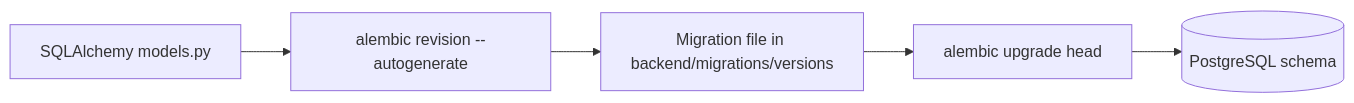
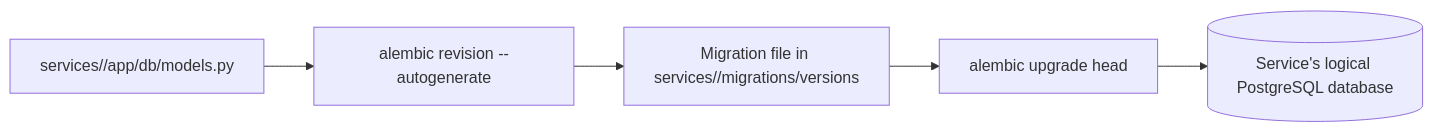
One commit to afnan-emumba/smart-hire changed the sixth of 6 diagrams in docs/DATABASE.md. Above: the diagram before and after it, drawn with Mermaid. The commit also changed other lines of this file and 75 other files, not shown here.

````diff
--- a/docs/DATABASE.md
+++ b/docs/DATABASE.md
@@ -94,10 +158,10 @@
 ```mermaid
 flowchart LR
-    models[SQLAlchemy models.py]
+    models[services/<name>/app/db/models.py]
     revision[alembic revision --autogenerate]
-    migration[Migration file in backend/migrations/versions]
+    migration[Migration file in services/<name>/migrations/versions]
     upgrade[alembic upgrade head]
-    schema[(PostgreSQL schema)]
+    schema[(Service's logical PostgreSQL database)]
 
     models --> revision --> migration --> upgrade --> schema
 ```
````
